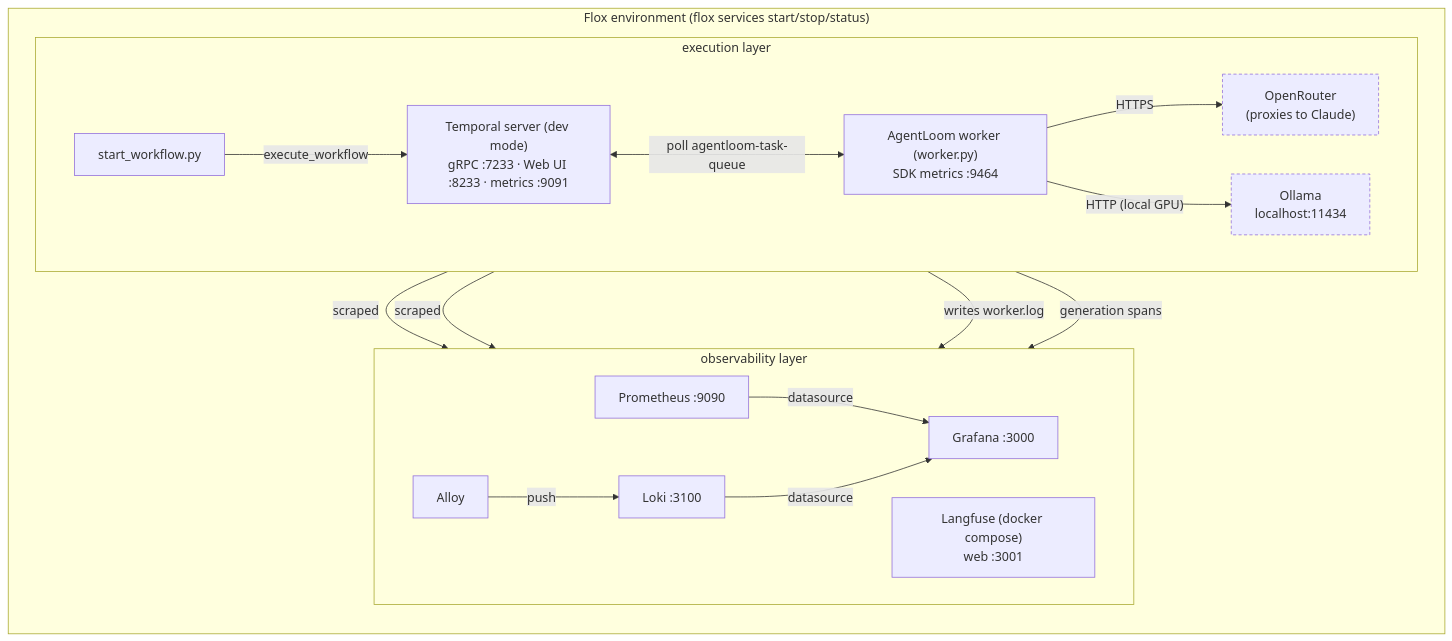
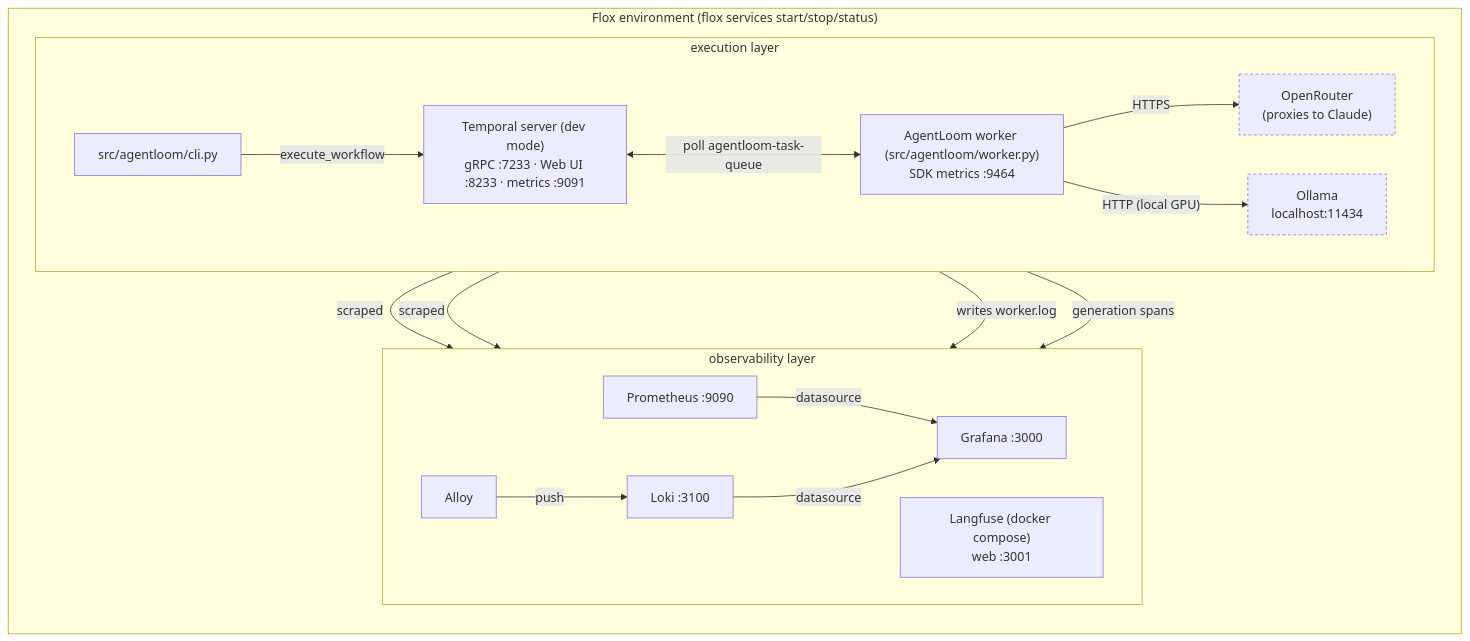
Before and after one commit to Srinath279/agentloom: the diagram in docs/architecture.md, drawn with Mermaid. The commit also changed other lines of this file and 75 other files, not shown here.

````diff
--- a/docs/architecture.md
+++ b/docs/architecture.md
@@ -10,30 +10,30 @@
 ```mermaid
 flowchart TB
     subgraph flox["Flox environment (flox services start/stop/status)"]
         direction TB
 
         subgraph exec["execution layer"]
             direction LR
-            SW["start_workflow.py"] -->|"execute_workflow"| T["Temporal server (dev mode)\ngRPC :7233 · Web UI :8233 · metrics :9091"]
-            T <-->|"poll agentloom-task-queue"| W["AgentLoom worker (worker.py)\nSDK metrics :9464"]
+            SW["src/agentloom/cli.py"] -->|"execute_workflow"| T["Temporal server (dev mode)\ngRPC :7233 · Web UI :8233 · metrics :9091"]
+            T <-->|"poll agentloom-task-queue"| W["AgentLoom worker (src/agentloom/worker.py)\nSDK metrics :9464"]
             W -->|"HTTPS"| OR["OpenRouter\n(proxies to Claude)"]
             W -->|"HTTP (local GPU)"| OL["Ollama\nlocalhost:11434"]
         end
 
         subgraph obs["observability layer"]
             direction LR
             P["Prometheus :9090"] -->|"datasource"| G["Grafana :3000"]
             L["Loki :3100"] -->|"datasource"| G
             PT["Alloy"] -->|"push"| L
             LF["Langfuse (docker compose)\nweb :3001"]
         end
 
         T -->|"scraped"| P
         W -->|"scraped"| P
         W -->|"writes worker.log"| PT
         W -->|"generation spans"| LF
     end
 
     style OR stroke-dasharray: 4 3
     style OL stroke-dasharray: 4 3
 ```
````
